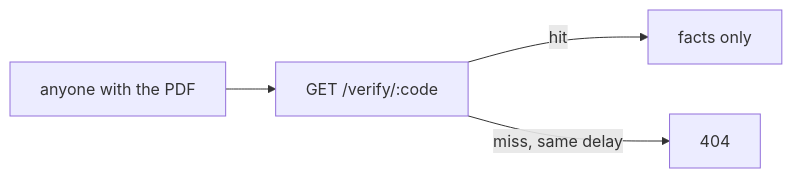
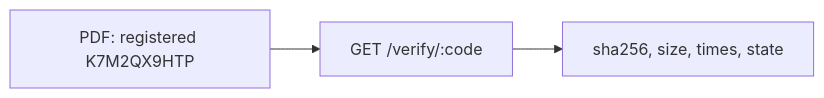
Before and after one commit to DAMHONGDUC/site-log-ios: the seventh of 8 diagrams in docs/feature-guide/S6-reports-plans/F10-reports.md, drawn with Mermaid. The commit also changed other lines of this file and 33 other files, not shown here.

````diff
--- a/docs/feature-guide/S6-reports-plans/F10-reports.md
+++ b/docs/feature-guide/S6-reports-plans/F10-reports.md
@@ -245,6 +245,5 @@
 ```mermaid
 flowchart LR
-    Anyone["anyone with the PDF"] --> Verify["GET /verify/:code"]
-    Verify -->|"hit"| Facts["facts only"]
-    Verify -->|"miss, same delay"| N404["404"]
+    PDF["PDF: registered K7M2QX9HTP"] --> V["GET /verify/:code"]
+    V --> F["sha256, size, times, state"]
 ```
````
